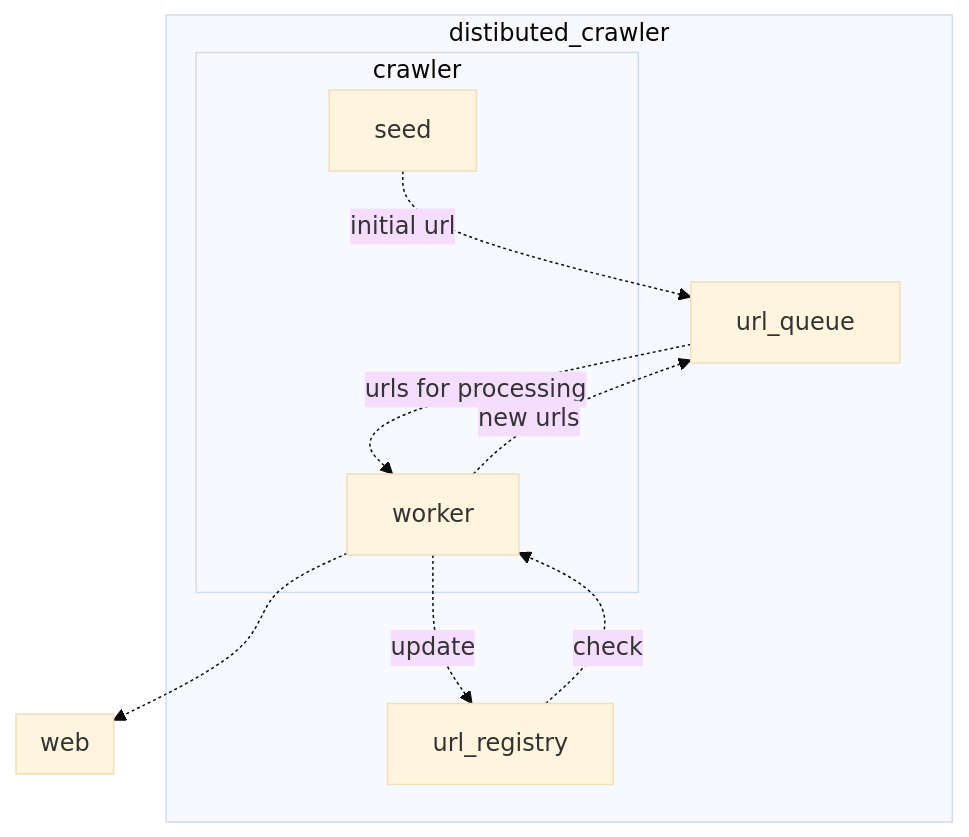
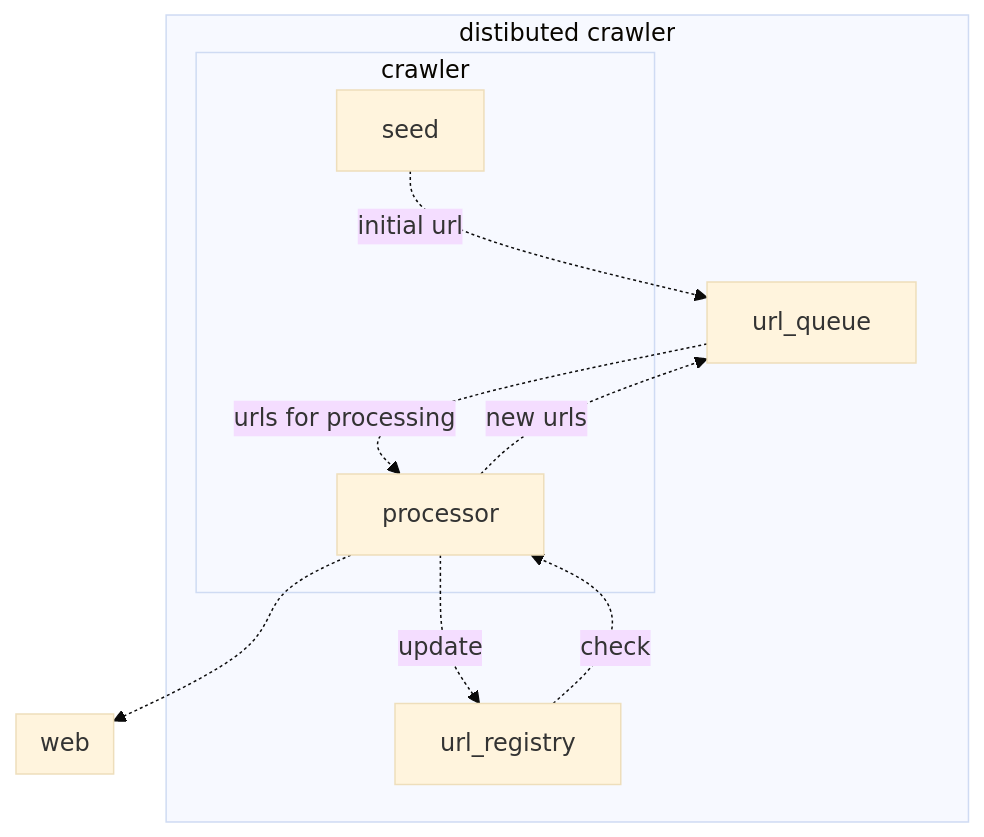
Before and after one commit to levplotkin/distributed-web-crawler: the diagram in README.md, drawn with Mermaid (base theme). The commit also changed other lines of this file and 25 other files, not shown here.

````diff
--- a/README.md
+++ b/README.md
@@ -1,21 +1,21 @@
 ```mermaid
 flowchart
 
 seed  -.->|initial url| url_queue 
-url_queue  -.->|urls for processing| worker
-worker  -.-> |new urls|url_queue
-worker  -.-> |update|url_registry
-url_registry -.-> |check| worker 
-worker  -.-> web
+url_queue  -.->|urls for processing| processor
+processor  -.-> |new urls|url_queue
+processor  -.-> |update|url_registry
+url_registry -.-> |check| processor 
+processor  -.-> web
 
 subgraph crawler
-seed & worker 
+seed & processor 
 end
 
-subgraph distibuted_crawler
+subgraph distibuted crawler
 crawler & url_queue & url_registry
 end
 
 subgraph web
 end
 ```
````
